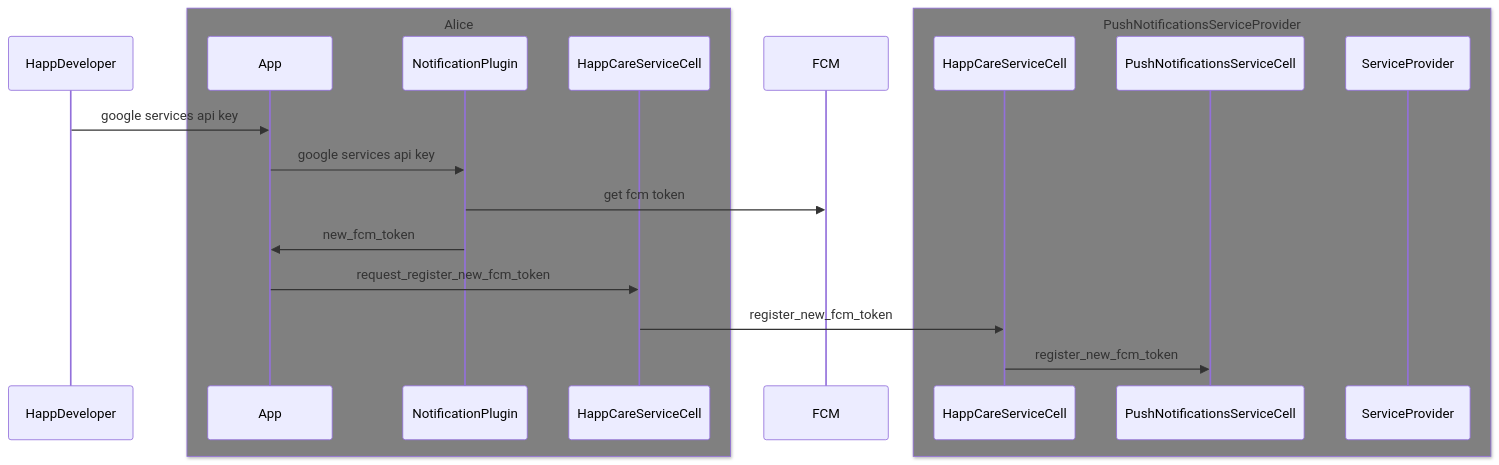
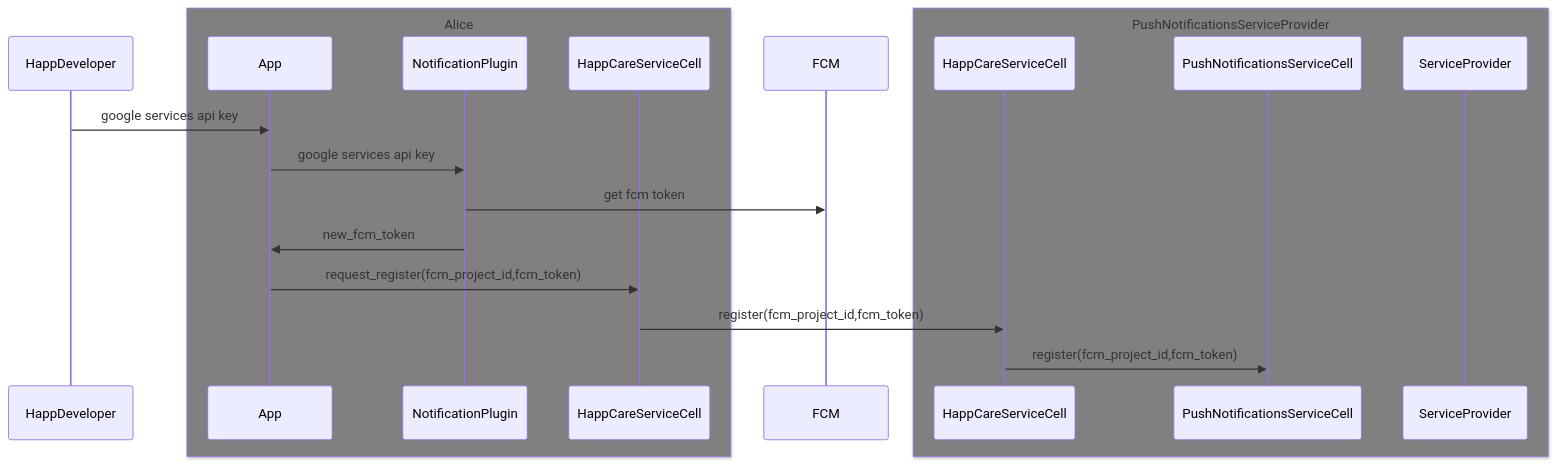
The fourth of 5 diagrams in docs/push-notification-flow.md (darksoil-studio/push-notifications-service), drawn with Mermaid before and after one commit. The commit also changed other lines of this file and 3 other files, not shown here.

````diff
--- a/docs/push-notification-flow.md
+++ b/docs/push-notification-flow.md
@@ -61,29 +81,29 @@
 ```mermaid
 sequenceDiagram
 
 participant HappDeveloper
 
 box grey Alice
     participant AliceApp as App
     participant ANP as NotificationPlugin
     participant AHSC as HappCareServiceCell
 end
 
 participant FCM
 
 box grey PushNotificationsServiceProvider
     participant PNSPSC as HappCareServiceCell
     participant PNSC as PushNotificationsServiceCell
     participant PNSP as ServiceProvider
 end
 
 HappDeveloper->>AliceApp: google services api key
 
 AliceApp->>ANP: google services api key
 ANP->>FCM: get fcm token
 ANP->>AliceApp: new_fcm_token
-AliceApp->>AHSC: request_register_new_fcm_token
-AHSC->>PNSPSC: register_new_fcm_token
-PNSPSC->>PNSC: register_new_fcm_token
+AliceApp->>AHSC: request_register(fcm_project_id,fcm_token)
+AHSC->>PNSPSC: register(fcm_project_id,fcm_token)
+PNSPSC->>PNSC: register(fcm_project_id,fcm_token)
 
 ```
````
